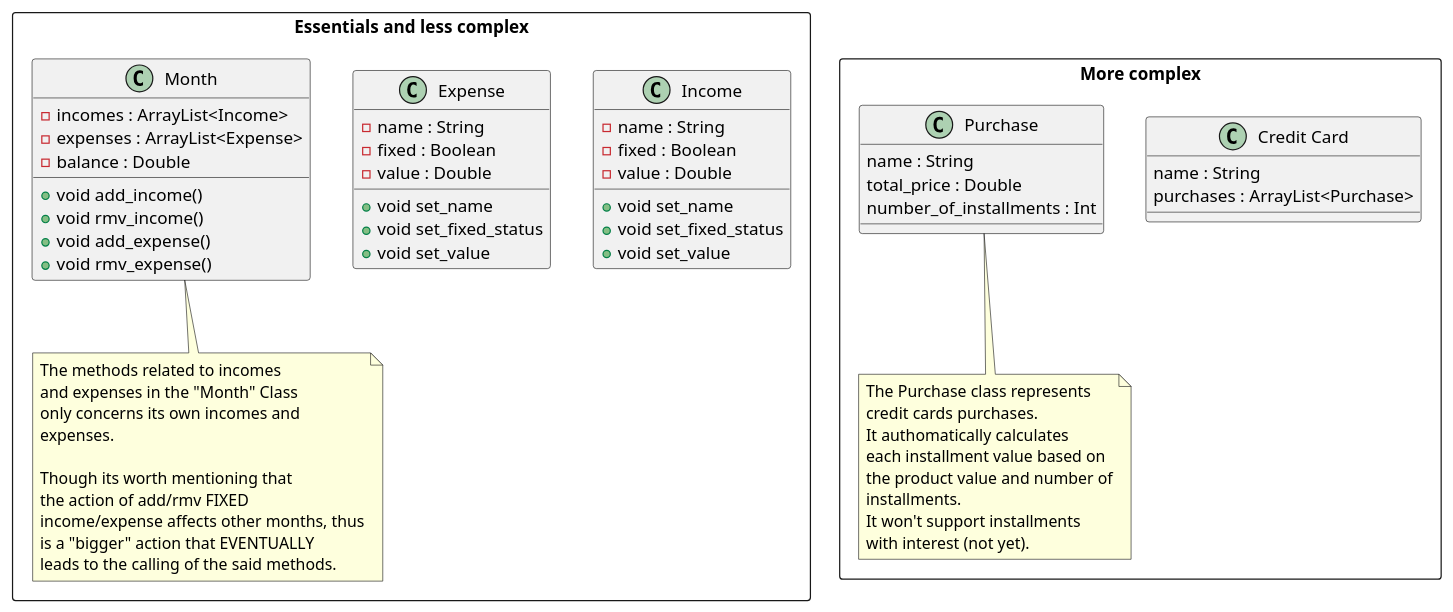
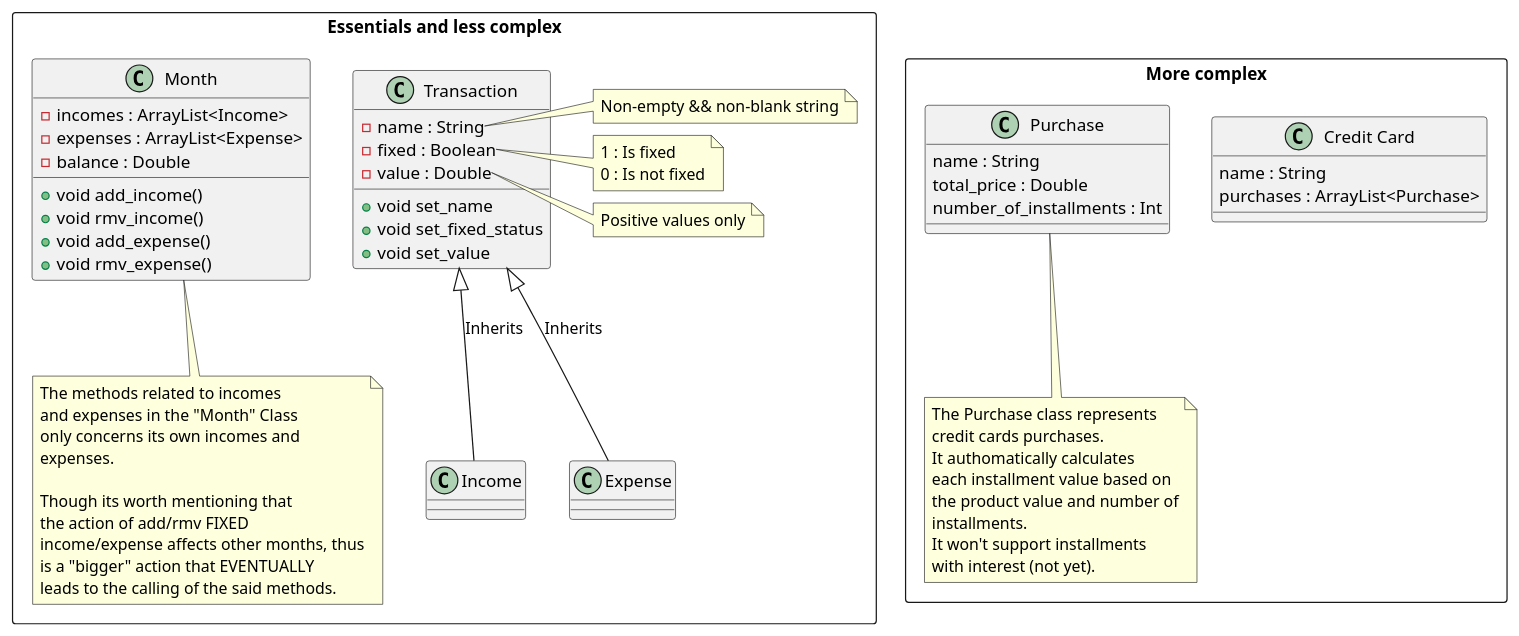
Before and after one commit to sarehicy/Planner-Financeiro: the diagram in modelling/ModelPackage.plantuml, drawn with PlantUML.

Commit message:
docs: income and expense are now subclasses of transaction
Since both classes had the exact same attributes and methods, it made more sense to make a common father class between them :P

```diff
--- a/modelling/ModelPackage.plantuml
+++ b/modelling/ModelPackage.plantuml
@@ -1,76 +1,84 @@
 @startuml Model Package Class Diagram
 
 top to bottom direction
 
 rectangle "Essentials and less complex"{
 
-    class "Income"{
+    class "Transaction"{
         {field} - name : String
         {field} - fixed : Boolean
         {field} - value : Double
 
         {method} + void set_name
         {method} + void set_fixed_status
         {method} + void set_value
     }
 
-    class "Expense"{
-        {field} -name : String
-        {field} -fixed : Boolean
-        {field} -value : Double
+    note right of Transaction::name
+        Non-empty && non-blank string
+    end note
+    note right of Transaction::fixed
+        1 : Is fixed
+        0 : Is not fixed
+    end note 
+    note right of Transaction::value
+        Positive values only
+    end note 
 
-        {method} +void set_name
-        {method} +void set_fixed_status
-        {method} +void set_value
-    }
+    class "Income"
+    class "Expense"
+
+    Transaction <|-- Income : Inherits
+    Transaction <|-- Expense : Inherits
+
     
     class "Month"{
         {field} - incomes : ArrayList<Income>
         {field} - expenses : ArrayList<Expense>
         {field} - balance : Double
         {method} + void add_income()
         {method} + void rmv_income()
         {method} + void add_expense()
         {method} + void rmv_expense()
     }
 
     note bottom of "Month"
         The methods related to incomes 
         and expenses in the "Month" Class
         only concerns its own incomes and
         expenses.
 
         Though its worth mentioning that
         the action of add/rmv FIXED
         income/expense affects other months, thus
         is a "bigger" action that EVENTUALLY
         leads to the calling of the said methods.
     end note 
 }
 
 rectangle "More complex"{
     class "Credit Card"{
         {field} name : String
         {field} purchases : ArrayList<Purchase>
     }
 
     class "Purchase"{
         {field} name : String
         {field} total_price : Double
         {field} number_of_installments : Int
     }
 
     note bottom of "Purchase"
         The Purchase class represents
         credit cards purchases.
         It authomatically calculates 
         each installment value based on
         the product value and number of
         installments.
         It won't support installments
         with interest (not yet).
     end note 
 }
 
 
 @enduml
```
